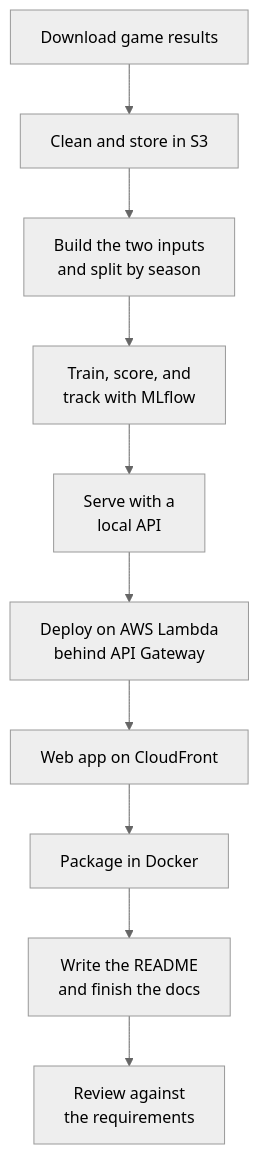
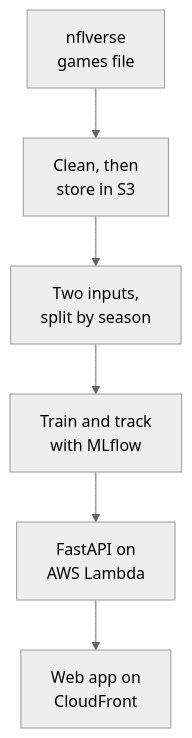
One commit to jconnors23/510-m3-nfl-prediction-analytics changed the diagram in docs/index.md. Above: the diagram before and after it, drawn with Mermaid (neutral theme). The commit also changed other lines of this file and 47 other files, not shown here.

````diff
--- a/docs/index.md
+++ b/docs/index.md
@@ -26,12 +21,8 @@
 ```mermaid
 flowchart TB
-    A[Download game results] --> B[Clean and store in S3]
-    B --> C[Build the two inputs<br/>and split by season]
-    C --> D[Train, score, and<br/>track with MLflow]
-    D --> E[Serve with a<br/>local API]
-    E --> F[Deploy on AWS Lambda<br/>behind API Gateway]
-    F --> G[Web app on CloudFront]
-    G --> H[Package in Docker]
-    H --> I[Write the README<br/>and finish the docs]
-    I --> J[Review against<br/>the requirements]
+    A["nflverse<br/>games file"] --> B["Clean, then<br/>store in S3"]
+    B --> C["Two inputs,<br/>split by season"]
+    C --> D["Train and track<br/>with MLflow"]
+    D --> E["FastAPI on<br/>AWS Lambda"]
+    E --> F["Web app on<br/>CloudFront"]
 ```
````
